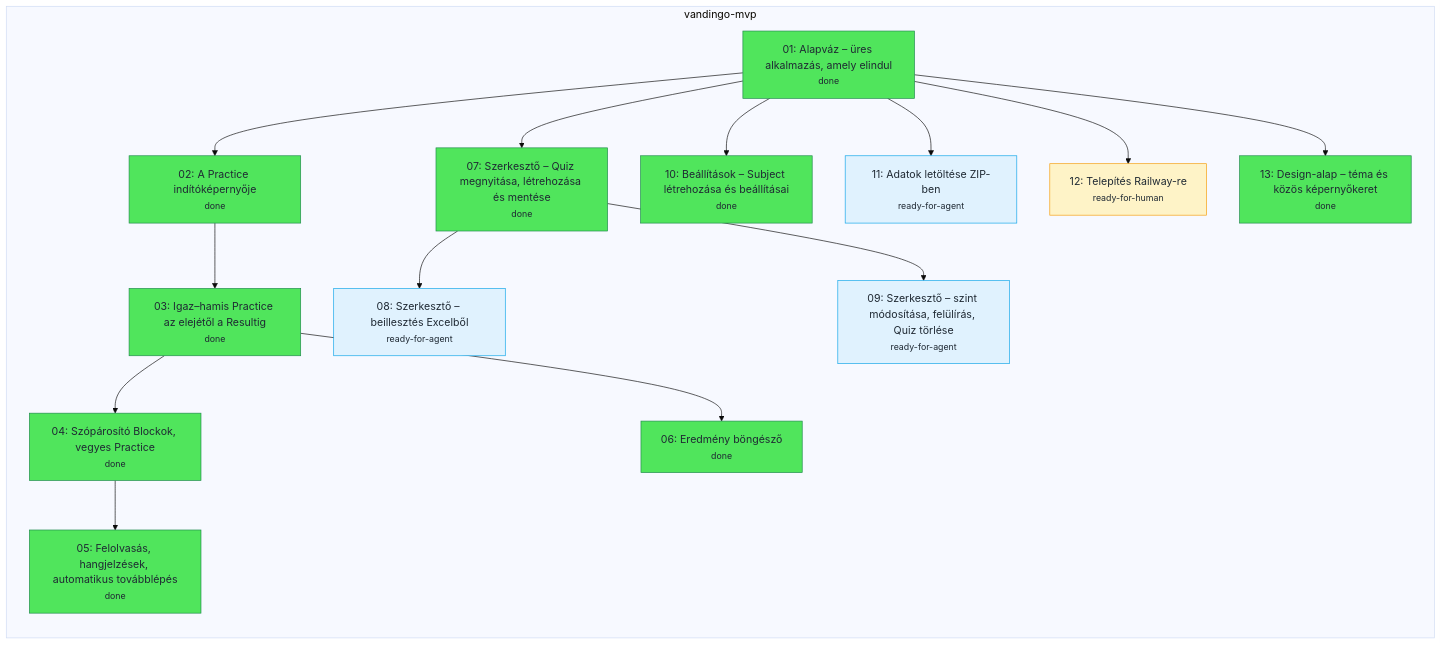
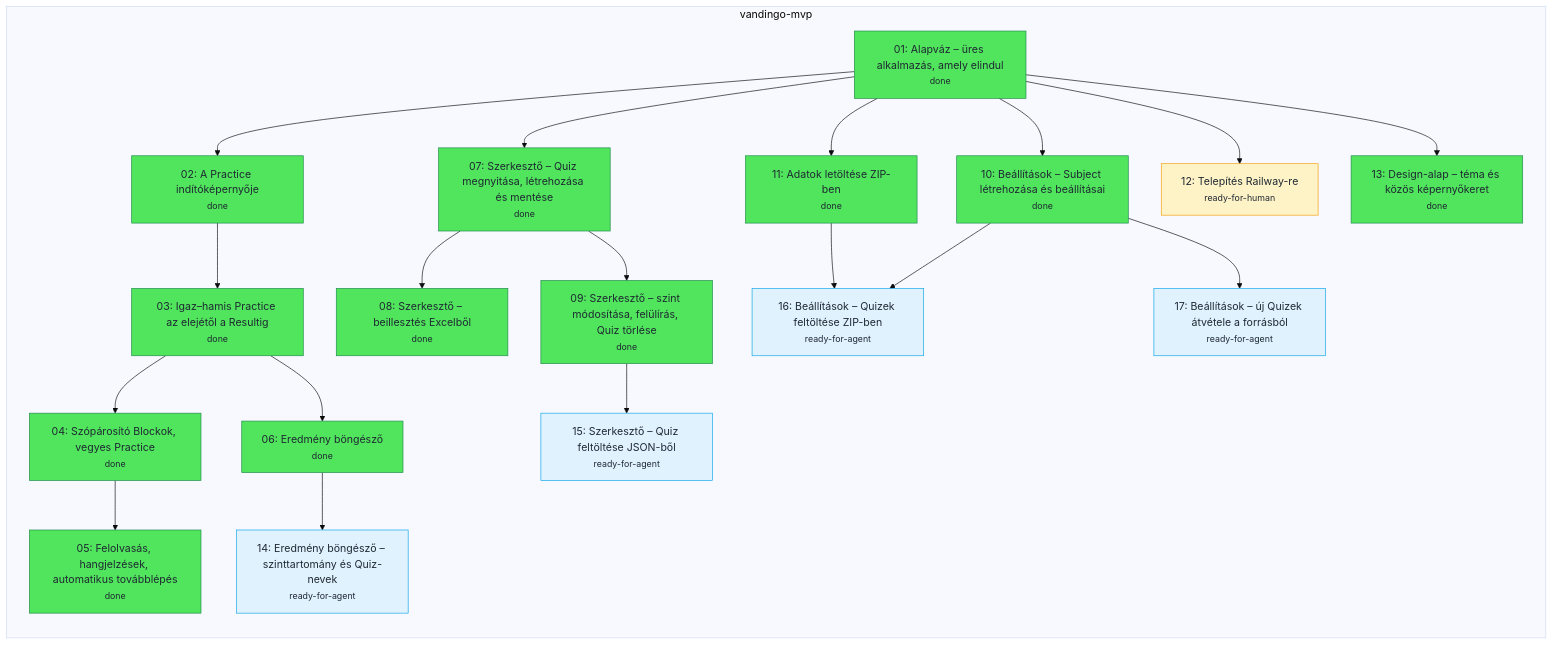
One commit to nagyandor76/Vandingo changed the diagram in .scratch/tickets.mmd. Above: the diagram before and after it, drawn with Mermaid (base theme). The commit also changed 10 other files, not shown here.

Commit message:
Spec módosítás: Result szinttartomány és Quiz-nevek, Quiz-feltöltés (JSON, ZIP), átvétel a forrásból; 14–17 ticket, 08/09/11 done

```diff
--- a/.scratch/tickets.mmd
+++ b/.scratch/tickets.mmd
@@ -1,34 +1,43 @@
 flowchart LR
   subgraph vandingo_mvp_feature["vandingo-mvp"]
     vandingo_mvp_1["01: Alapváz – üres alkalmazás, amely elindul<br/><small>done</small>"]:::done
     vandingo_mvp_2["02: A Practice indítóképernyője<br/><small>done</small>"]:::done
     vandingo_mvp_3["03: Igaz–hamis Practice az elejétől a Resultig<br/><small>done</small>"]:::done
     vandingo_mvp_4["04: Szópárosító Blockok, vegyes Practice<br/><small>done</small>"]:::done
     vandingo_mvp_5["05: Felolvasás, hangjelzések, automatikus továbblépés<br/><small>done</small>"]:::done
     vandingo_mvp_6["06: Eredmény böngésző<br/><small>done</small>"]:::done
     vandingo_mvp_7["07: Szerkesztő – Quiz megnyitása, létrehozása és mentése<br/><small>done</small>"]:::done
-    vandingo_mvp_8["08: Szerkesztő – beillesztés Excelből<br/><small>ready-for-agent</small>"]:::ready_for_agent
-    vandingo_mvp_9["09: Szerkesztő – szint módosítása, felülírás, Quiz törlése<br/><small>ready-for-agent</small>"]:::ready_for_agent
+    vandingo_mvp_8["08: Szerkesztő – beillesztés Excelből<br/><small>done</small>"]:::done
+    vandingo_mvp_9["09: Szerkesztő – szint módosítása, felülírás, Quiz törlése<br/><small>done</small>"]:::done
     vandingo_mvp_10["10: Beállítások – Subject létrehozása és beállításai<br/><small>done</small>"]:::done
-    vandingo_mvp_11["11: Adatok letöltése ZIP-ben<br/><small>ready-for-agent</small>"]:::ready_for_agent
+    vandingo_mvp_11["11: Adatok letöltése ZIP-ben<br/><small>done</small>"]:::done
     vandingo_mvp_12["12: Telepítés Railway-re<br/><small>ready-for-human</small>"]:::ready_for_human
     vandingo_mvp_13["13: Design-alap – téma és közös képernyőkeret<br/><small>done</small>"]:::done
+    vandingo_mvp_14["14: Eredmény böngésző – szinttartomány és Quiz-nevek<br/><small>ready-for-agent</small>"]:::ready_for_agent
+    vandingo_mvp_15["15: Szerkesztő – Quiz feltöltése JSON-ből<br/><small>ready-for-agent</small>"]:::ready_for_agent
+    vandingo_mvp_16["16: Beállítások – Quizek feltöltése ZIP-ben<br/><small>ready-for-agent</small>"]:::ready_for_agent
+    vandingo_mvp_17["17: Beállítások – új Quizek átvétele a forrásból<br/><small>ready-for-agent</small>"]:::ready_for_agent
   end
   vandingo_mvp_1 --> vandingo_mvp_2
   vandingo_mvp_2 --> vandingo_mvp_3
   vandingo_mvp_3 --> vandingo_mvp_4
   vandingo_mvp_4 --> vandingo_mvp_5
   vandingo_mvp_3 --> vandingo_mvp_6
   vandingo_mvp_1 --> vandingo_mvp_7
   vandingo_mvp_7 --> vandingo_mvp_8
   vandingo_mvp_7 --> vandingo_mvp_9
   vandingo_mvp_1 --> vandingo_mvp_10
   vandingo_mvp_1 --> vandingo_mvp_11
   vandingo_mvp_1 --> vandingo_mvp_12
   vandingo_mvp_1 --> vandingo_mvp_13
+  vandingo_mvp_6 --> vandingo_mvp_14
+  vandingo_mvp_9 --> vandingo_mvp_15
+  vandingo_mvp_10 --> vandingo_mvp_16
+  vandingo_mvp_11 --> vandingo_mvp_16
+  vandingo_mvp_10 --> vandingo_mvp_17
   classDef done fill:#50e55c,stroke:#1f8a4c,color:#1f2933
   classDef ready_for_agent fill:#e0f2fe,stroke:#0ea5e9,color:#1f2933
   classDef ready_for_human fill:#fef3c7,stroke:#f59e0b,color:#1f2933
   classDef needs_triage fill:#f3f4f6,stroke:#6b7480,color:#1f2933
   classDef needs_info fill:#fbecea,stroke:#c2413b,color:#1f2933
   classDef wontfix fill:#f3f4f6,stroke:#9ca3af,color:#6b7480,stroke-dasharray:4
```
